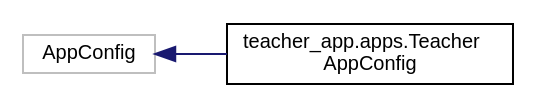
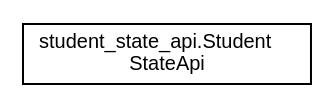
Before and after one commit to amazonkaexpress/amazonka-doxygen: the diagram in inherit_graph_3.dot, drawn with Graphviz. The commit also changed 48 other files, not shown here.

```diff
--- a/inherit_graph_3.dot
+++ b/inherit_graph_3.dot
@@ -1,10 +1,8 @@
 digraph "Graphical Class Hierarchy"
 {
  // LATEX_PDF_SIZE
   edge [fontname="Helvetica",fontsize="10",labelfontname="Helvetica",labelfontsize="10"];
   node [fontname="Helvetica",fontsize="10",shape=record];
   rankdir="LR";
-  Node13 [label="AppConfig",height=0.2,width=0.4,color="grey75", fillcolor="white", style="filled",tooltip=" "];
-  Node13 -> Node0 [dir="back",color="midnightblue",fontsize="10",style="solid",fontname="Helvetica"];
-  Node0 [label="teacher_app.apps.Teacher\lAppConfig",height=0.2,width=0.4,color="black", fillcolor="white", style="filled",URL="$classteacher__app_1_1apps_1_1TeacherAppConfig.html",tooltip=" "];
+  Node0 [label="student_state_api.Student\lStateApi",height=0.2,width=0.4,color="black", fillcolor="white", style="filled",URL="$classstudent__state__api_1_1StudentStateApi.html",tooltip=" "];
 }
```
